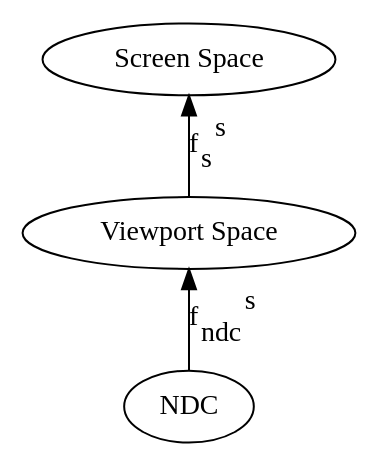
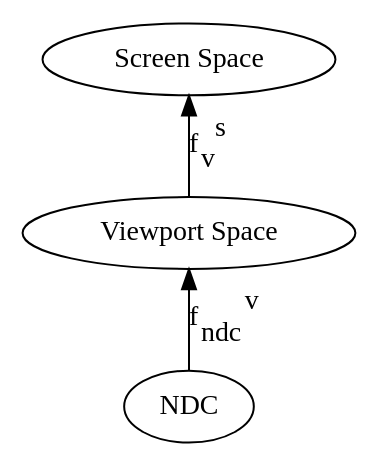
One commit to billsix/Programming3DComputerGraphics changed the diagram in docs/_static/demo03.dot. Above: the diagram before and after it, drawn with Graphviz. The commit also changed 12 other files, not shown here.

```diff
--- a/docs/_static/demo03.dot
+++ b/docs/_static/demo03.dot
@@ -1,5 +1,5 @@
 digraph {
     rankdir="BT"
-    "NDC" -> "Viewport Space" [label=<f<SUB>ndc</SUB><SUP>s</SUP>>];
-    "Viewport Space" -> "Screen Space" [label=<f<SUB>s</SUB><SUP>s</SUP>>];
+    "NDC" -> "Viewport Space" [label=<f<SUB>ndc</SUB><SUP>v</SUP>>];
+    "Viewport Space" -> "Screen Space" [label=<f<SUB>v</SUB><SUP>s</SUP>>];
 }
```
